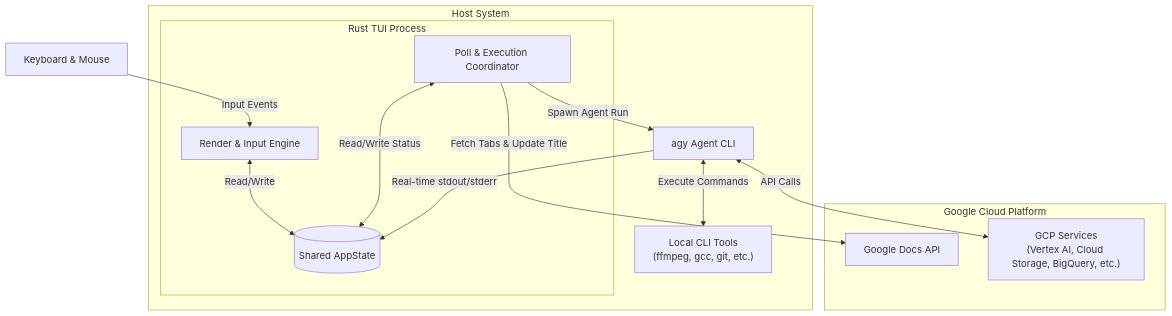
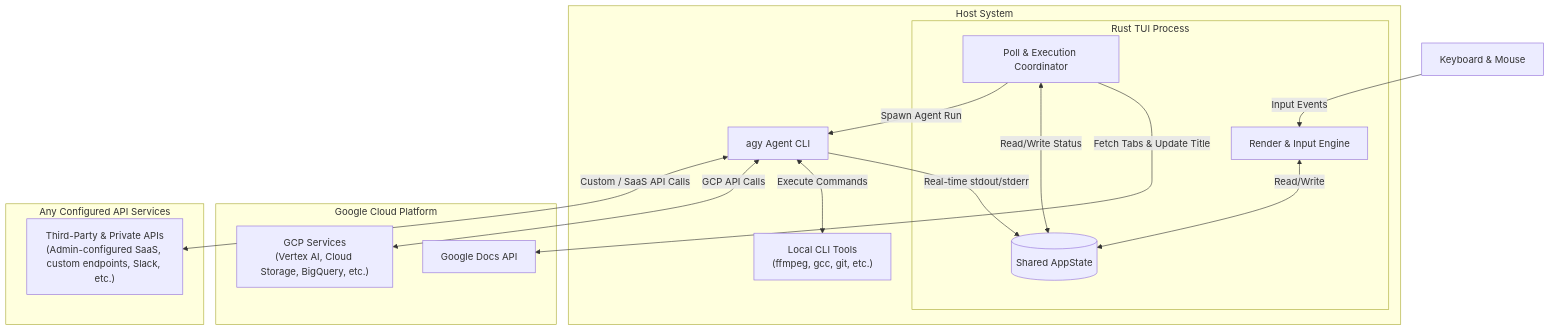
Before and after one commit to zechen0/gdocstasking: the diagram in README.md, drawn with Mermaid.

Commit message:
docs: add admin-configured external API services to architecture diagram

````diff
--- a/README.md
+++ b/README.md
@@ -18,34 +18,39 @@
 ```mermaid
 graph TD
     subgraph Host ["Host System"]
         subgraph TUI ["Rust TUI Process"]
             UI["Render & Input Engine"]
             Poll["Poll & Execution Coordinator"]
             State[("Shared AppState")]
         end
         
         agy["agy Agent CLI"]
         tools["Local CLI Tools<br>(ffmpeg, gcc, git, etc.)"]
     end
     
     subgraph GCP ["Google Cloud Platform"]
         DocsAPI["Google Docs API"]
         GCPServices["GCP Services<br>(Vertex AI, Cloud Storage, BigQuery, etc.)"]
     end
     
+    subgraph External ["Any Configured API Services"]
+        APIs["Third-Party & Private APIs<br>(Admin-configured SaaS, custom endpoints, Slack, etc.)"]
+    end
+    
     %% Inputs
     User["Keyboard & Mouse"] -->|Input Events| UI
     UI <-->|Read/Write| State
     
     %% Polling & API Communication
     Poll -->|Fetch Tabs & Update Title| DocsAPI
     Poll <-->|Read/Write Status| State
     
     %% Spawning agy
     Poll -->|Spawn Agent Run| agy
     agy -->|Real-time stdout/stderr| State
     
-    %% agy interaction with host tools and other GCP services
+    %% agy interactions
     agy <-->|Execute Commands| tools
-    agy <-->|API Calls| GCPServices
+    agy <-->|GCP API Calls| GCPServices
+    agy <-->|Custom / SaaS API Calls| APIs
 ```
````
